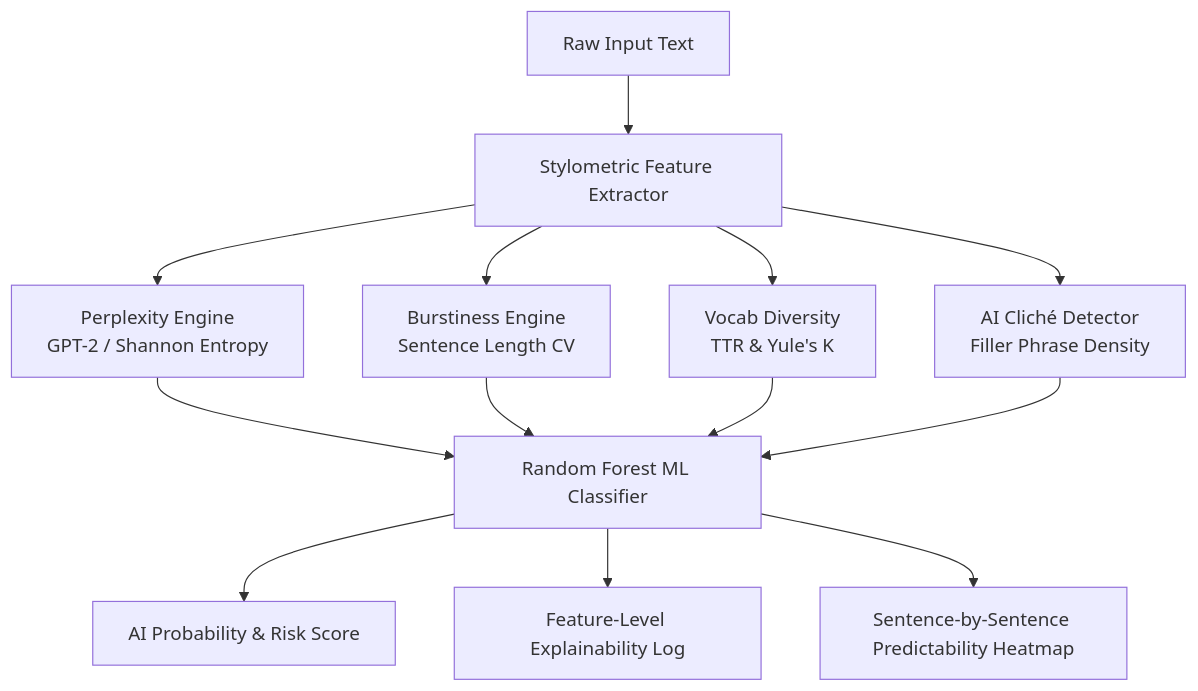
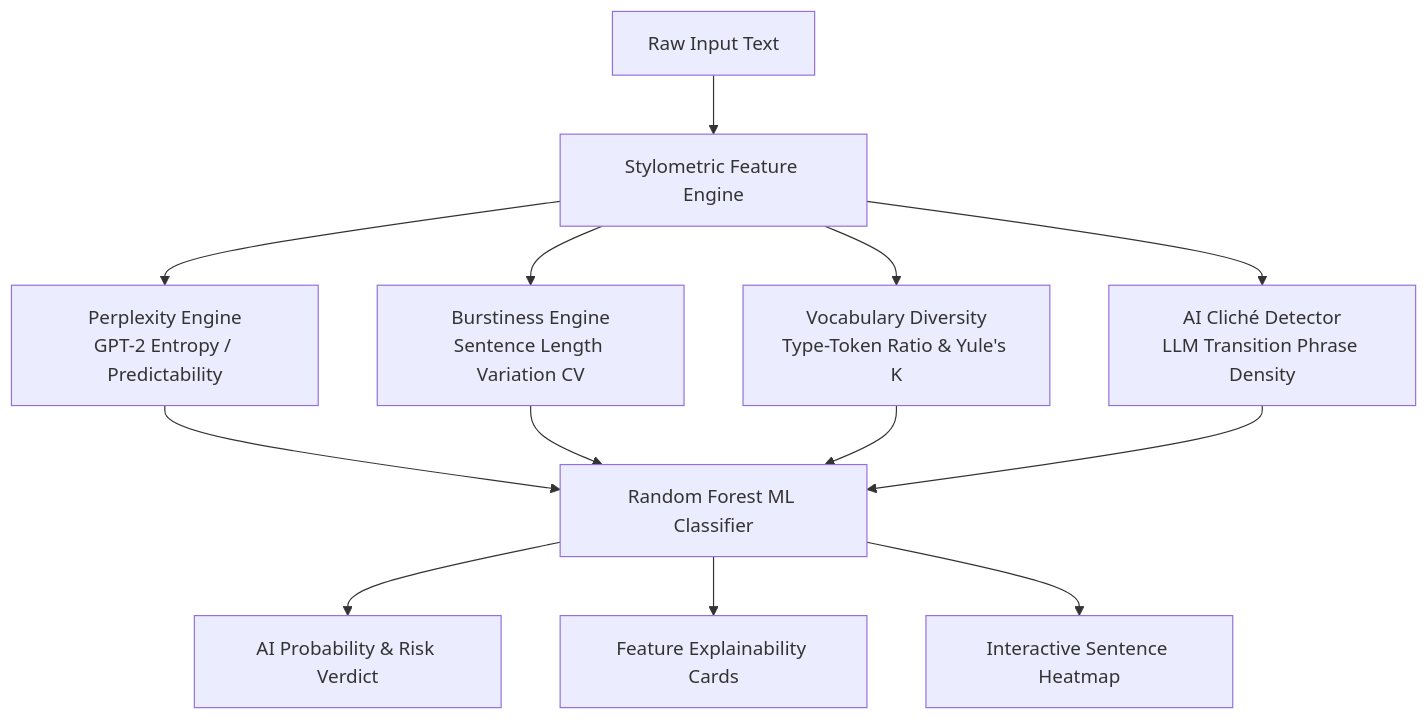
Before and after one commit to ANKARAHAMSA/NotByHuman: the diagram in README.md, drawn with Mermaid. The commit also changed other lines of this file, not shown here.

Commit message:
docs: enrich README with attractive layout, live Vercel badge, architecture diagram, and simple setup guide

````diff
--- a/README.md
+++ b/README.md
@@ -25,17 +42,17 @@
 ```mermaid
 graph TD
-    Input[Raw Input Text] --> Extractor[Stylometric Feature Extractor]
-    Extractor --> PPL[Perplexity Engine<br/>GPT-2 / Shannon Entropy]
-    Extractor --> Burst[Burstiness Engine<br/>Sentence Length CV]
-    Extractor --> Vocab[Vocab Diversity<br/>TTR & Yule's K]
-    Extractor --> Buzz[AI Cliché Detector<br/>Filler Phrase Density]
+    Input[Raw Input Text] --> Extractor[Stylometric Feature Engine]
+    Extractor --> PPL[Perplexity Engine<br/>GPT-2 Entropy / Predictability]
+    Extractor --> Burst[Burstiness Engine<br/>Sentence Length Variation CV]
+    Extractor --> Vocab[Vocabulary Diversity<br/>Type-Token Ratio & Yule's K]
+    Extractor --> Buzz[AI Cliché Detector<br/>LLM Transition Phrase Density]
     
     PPL --> Classifier[Random Forest ML Classifier]
     Burst --> Classifier
     Vocab --> Classifier
     Buzz --> Classifier
     
-    Classifier --> Verdict[AI Probability & Risk Score]
-    Classifier --> Explain[Feature-Level Explainability Log]
-    Classifier --> Heatmap[Sentence-by-Sentence Predictability Heatmap]
+    Classifier --> Verdict[AI Probability & Risk Verdict]
+    Classifier --> Explain[Feature Explainability Cards]
+    Classifier --> Heatmap[Interactive Sentence Heatmap]
 ```
````
